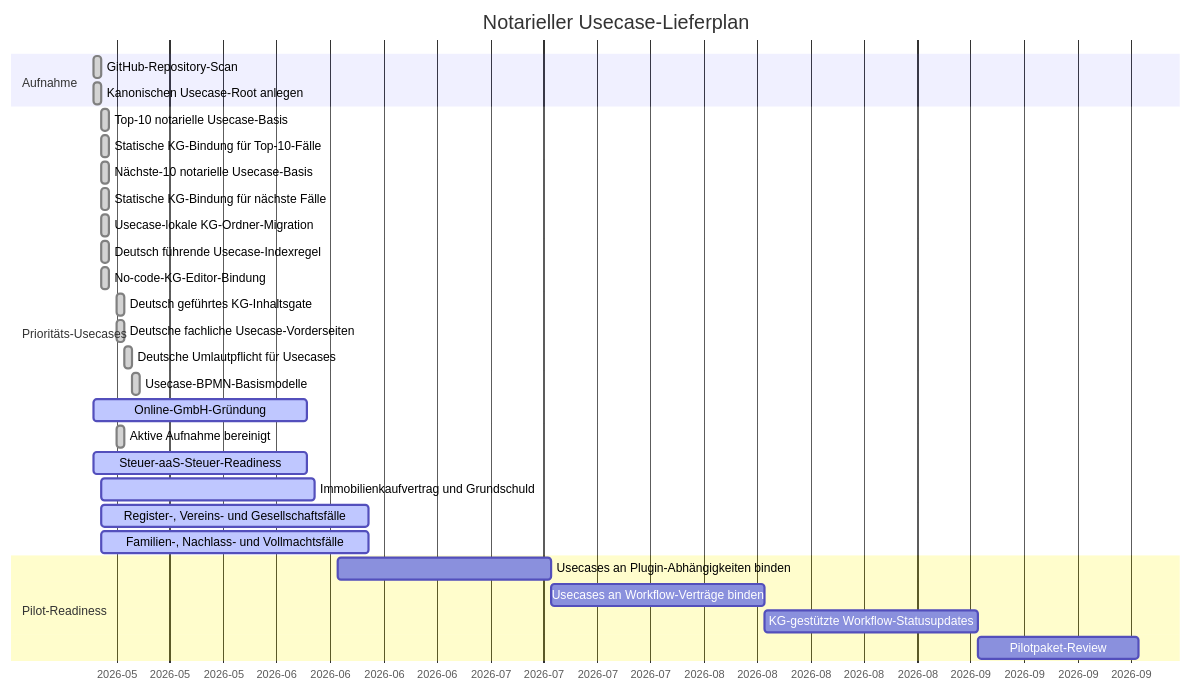
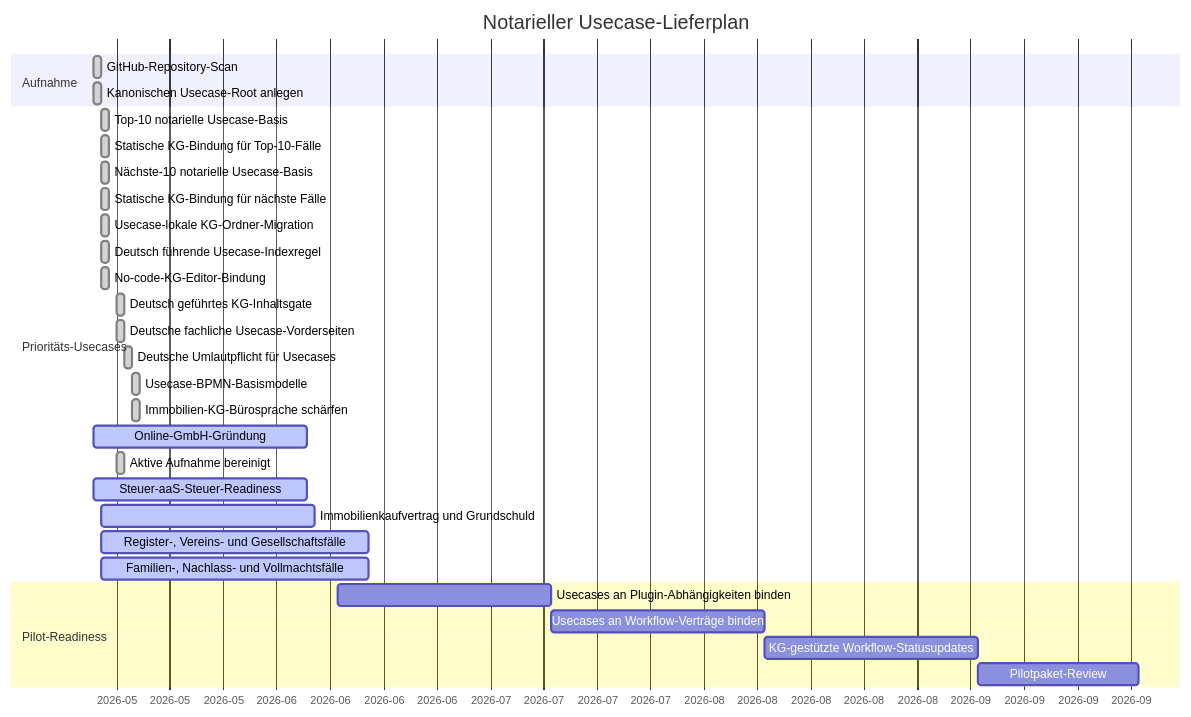
The diagram in usecases/GANTT.md (notariat8/NaC), drawn with Mermaid before and after one commit. The commit also changed other lines of this file and 6 other files, not shown here.

````diff
--- a/usecases/GANTT.md
+++ b/usecases/GANTT.md
@@ -5,35 +5,36 @@
 ```mermaid
 gantt
     title Notarieller Usecase-Lieferplan
     dateFormat  YYYY-MM-DD
     axisFormat  %Y-%m
 
     section Aufnahme
     GitHub-Repository-Scan                     :done,   u1, 2026-05-14, 1d
     Kanonischen Usecase-Root anlegen           :done,   u2, 2026-05-14, 1d
 
     section Prioritäts-Usecases
     Top-10 notarielle Usecase-Basis            :done,   u3, 2026-05-15, 1d
     Statische KG-Bindung für Top-10-Fälle    :done,   u4, 2026-05-15, 1d
     Nächste-10 notarielle Usecase-Basis       :done,   u5, 2026-05-15, 1d
     Statische KG-Bindung für nächste Fälle  :done,   u6, 2026-05-15, 1d
     Usecase-lokale KG-Ordner-Migration         :done,   u6a, 2026-05-15, 1d
     Deutsch führende Usecase-Indexregel       :done,   u6b, 2026-05-15, 1d
     No-code-KG-Editor-Bindung                  :done,   u6c, 2026-05-15, 1d
     Deutsch geführtes KG-Inhaltsgate          :done,   u6d, 2026-05-17, 1d
     Deutsche fachliche Usecase-Vorderseiten     :done,   u6e, 2026-05-17, 1d
     Deutsche Umlautpflicht für Usecases       :done,   u6f, 2026-05-18, 1d
     Usecase-BPMN-Basismodelle                  :done,   u6g, 2026-05-19, 1d
+    Immobilien-KG-Bürosprache schärfen        :done,   u6h, 2026-05-19, 1d
     Online-GmbH-Gründung                      :active, u7, 2026-05-14, 28d
     Aktive Aufnahme bereinigt                  :done,   u8, 2026-05-17, 1d
     Steuer-aaS-Steuer-Readiness                :active, u9, 2026-05-14, 28d
     Immobilienkaufvertrag und Grundschuld      :active, u10, 2026-05-15, 28d
     Register-, Vereins- und Gesellschaftsfälle :active, u11, 2026-05-15, 35d
     Familien-, Nachlass- und Vollmachtsfälle  :active, u12, 2026-05-15, 35d
 
     section Pilot-Readiness
     Usecases an Plugin-Abhängigkeiten binden  :        u13, 2026-06-15, 28d
     Usecases an Workflow-Verträge binden      :        u14, after u13, 28d
     KG-gestützte Workflow-Statusupdates       :        u15, after u14, 28d
     Pilotpaket-Review                          :        u16, after u15, 21d
 ```
````
